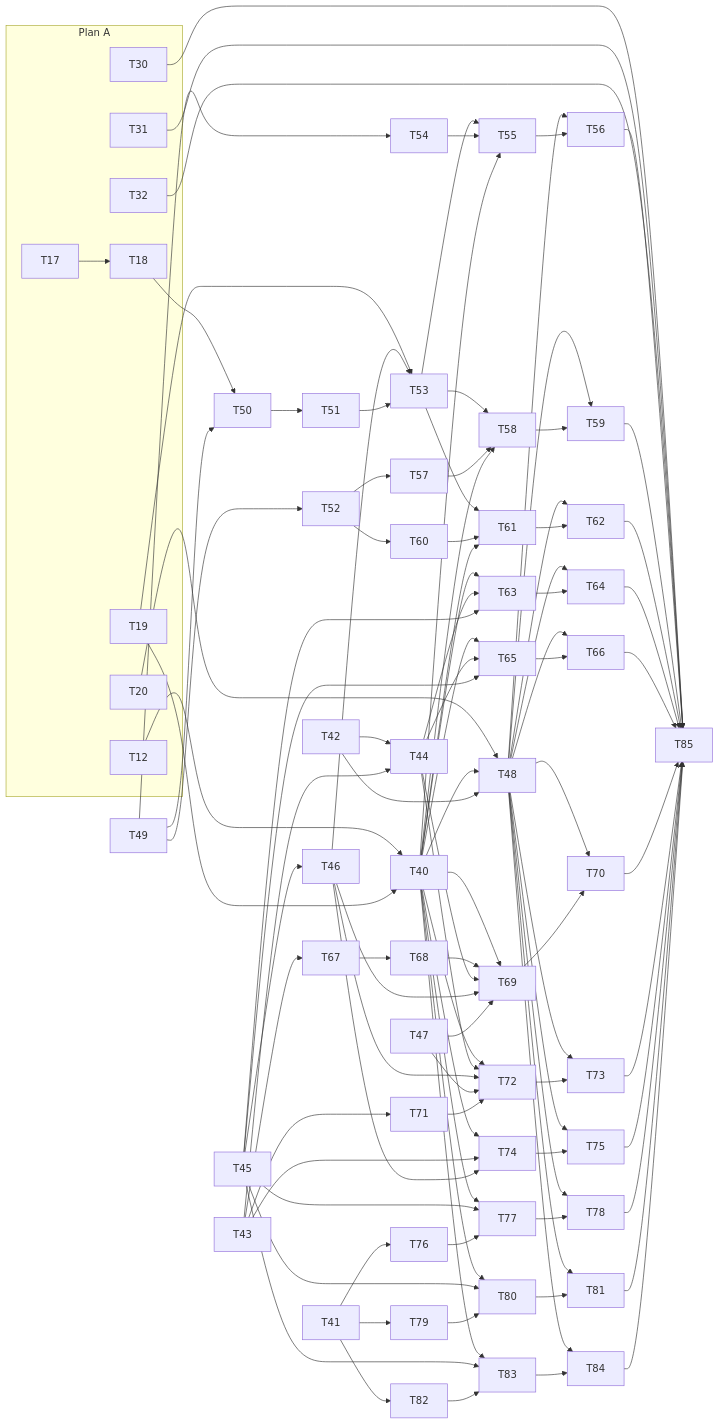
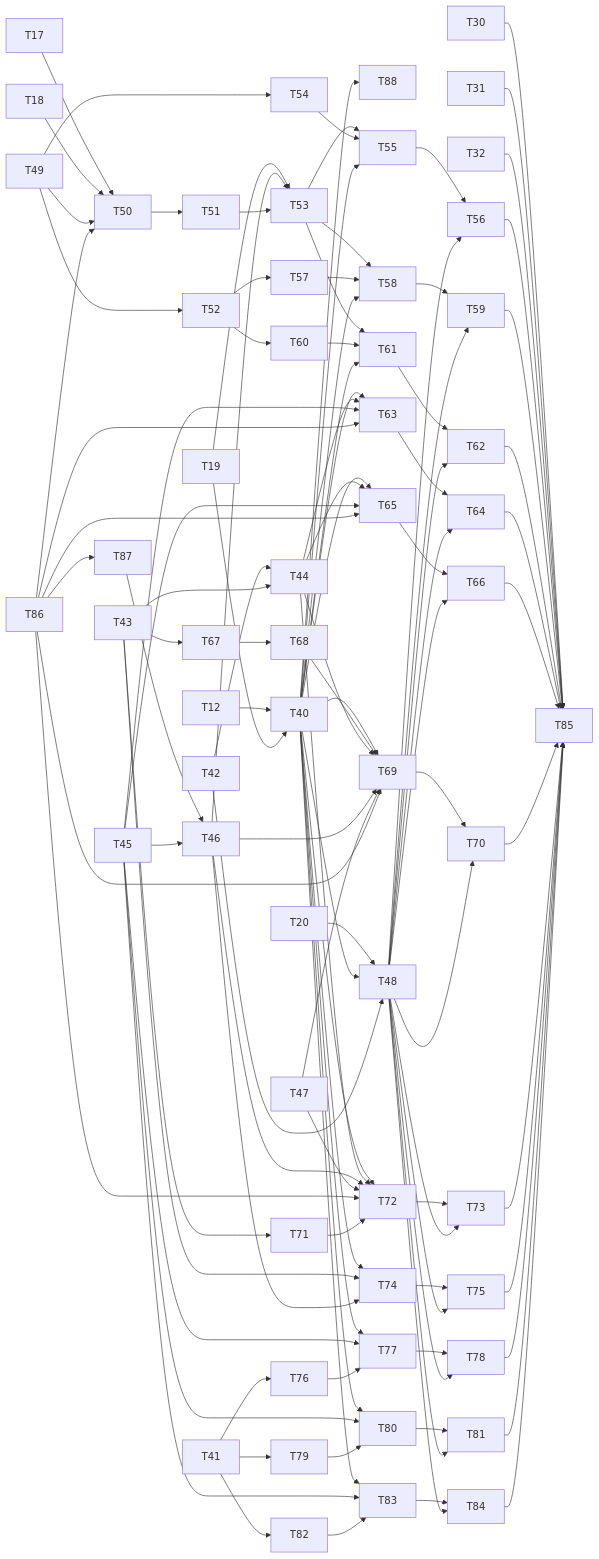
One commit to D0n9X1n/mermaid-tty changed the diagram in docs/plans/2026-10-28-mermaid-tty-v1-C-diagram-types.md. Above: the diagram before and after it, drawn with Mermaid. The commit also changed other lines of this file and 5 other files, not shown here.

Commit message:
Plan C: index, C3-C6 and matrix fixes: keyed legends, bar contracts, gantt fractional days, pie notes, reject fixtures, support table

````diff
--- a/docs/plans/2026-10-28-mermaid-tty-v1-C-diagram-types.md
+++ b/docs/plans/2026-10-28-mermaid-tty-v1-C-diagram-types.md
@@ -366,50 +381,32 @@
 ```mermaid
 flowchart LR
-  subgraph A["Plan A"]
-    T12
-    T17 --> T18
-    T19
-    T20
-    T30
-    T31
-    T32
-  end
-  T12 & T19 --> T40
+  T12 & T19 --> T40 --> T88
+  T86 --> T87 --> T46
   T20 & T40 & T42 --> T48
   T42 & T43 --> T44
   T45 --> T46
-  T18 & T49 --> T50 --> T51
+  T17 & T18 & T49 & T86 --> T50 --> T51
+  T19 & T46 & T51 --> T53
   T49 --> T52 & T54
-  T19 & T46 & T51 --> T53
   T52 --> T57 & T60
   T53 --> T55 & T58 & T61
-  T54 --> T55
-  T57 --> T58
-  T60 --> T61
+  T54 --> T55 --> T56
+  T57 --> T58 --> T59
+  T60 --> T61 --> T62
   T40 --> T55 & T58 & T61 & T63 & T65 & T69 & T72 & T74 & T77 & T80 & T83
-  T44 & T45 --> T63 & T65
+  T44 & T45 & T86 --> T63 & T65
+  T63 --> T64
+  T65 --> T66
   T43 --> T67 & T71 & T74
-  T67 --> T68 --> T69
-  T44 & T46 & T47 --> T69 & T72
-  T71 --> T72
-  T46 --> T74
+  T67 --> T68 --> T69 --> T70
+  T44 & T46 & T47 & T86 --> T69 & T72
+  T71 --> T72 --> T73
+  T46 --> T74 --> T75
   T41 --> T76 & T79 & T82
   T45 --> T77 & T80 & T83
-  T76 --> T77
-  T79 --> T80
-  T82 --> T83
+  T76 --> T77 --> T78
+  T79 --> T80 --> T81
+  T82 --> T83 --> T84
   T48 --> T56 & T59 & T62 & T64 & T66 & T70 & T73 & T75 & T78 & T81 & T84
-  T55 --> T56
-  T58 --> T59
-  T61 --> T62
-  T63 --> T64
-  T65 --> T66
-  T69 --> T70
-  T72 --> T73
-  T74 --> T75
-  T77 --> T78
-  T80 --> T81
-  T83 --> T84
-  T30 & T31 & T32 --> T85
-  T56 & T59 & T62 & T64 & T66 & T70 & T73 & T75 & T78 & T81 & T84 --> T85
+  T30 & T31 & T32 & T56 & T59 & T62 & T64 & T66 & T70 & T73 & T75 & T78 & T81 & T84 --> T85
 ```
````
